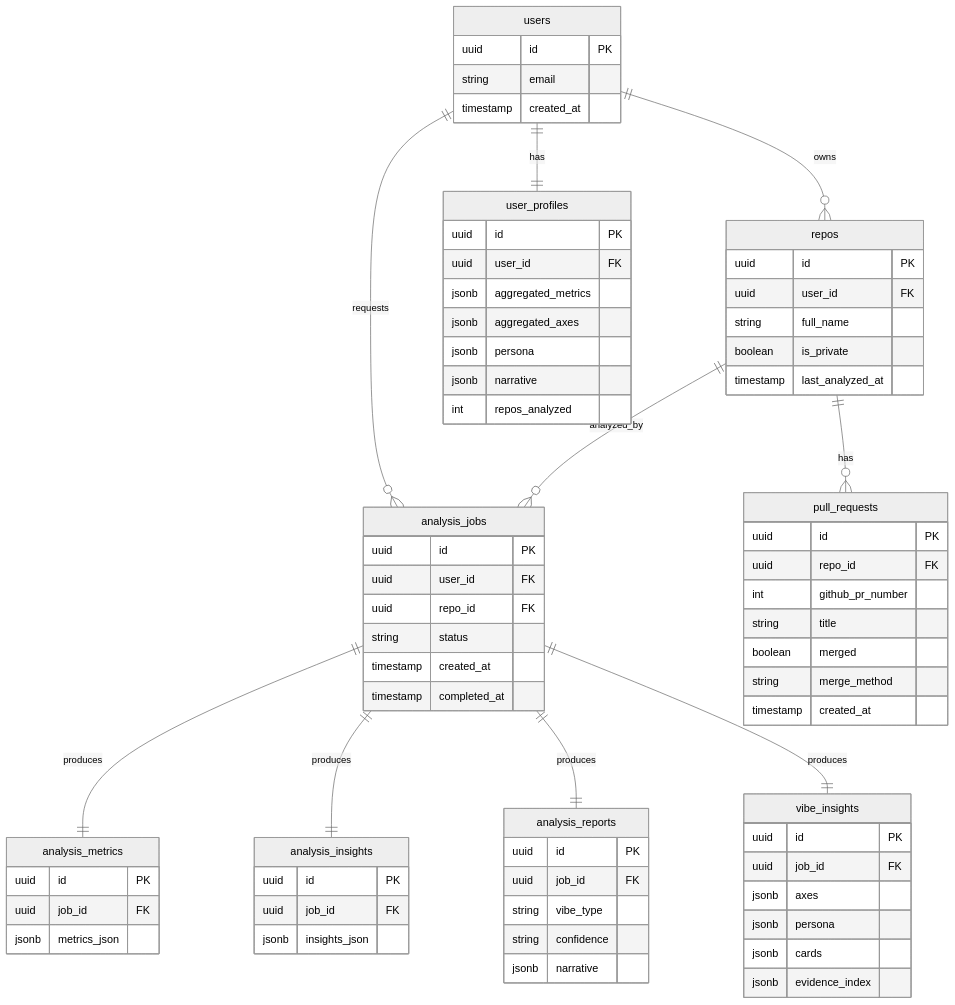
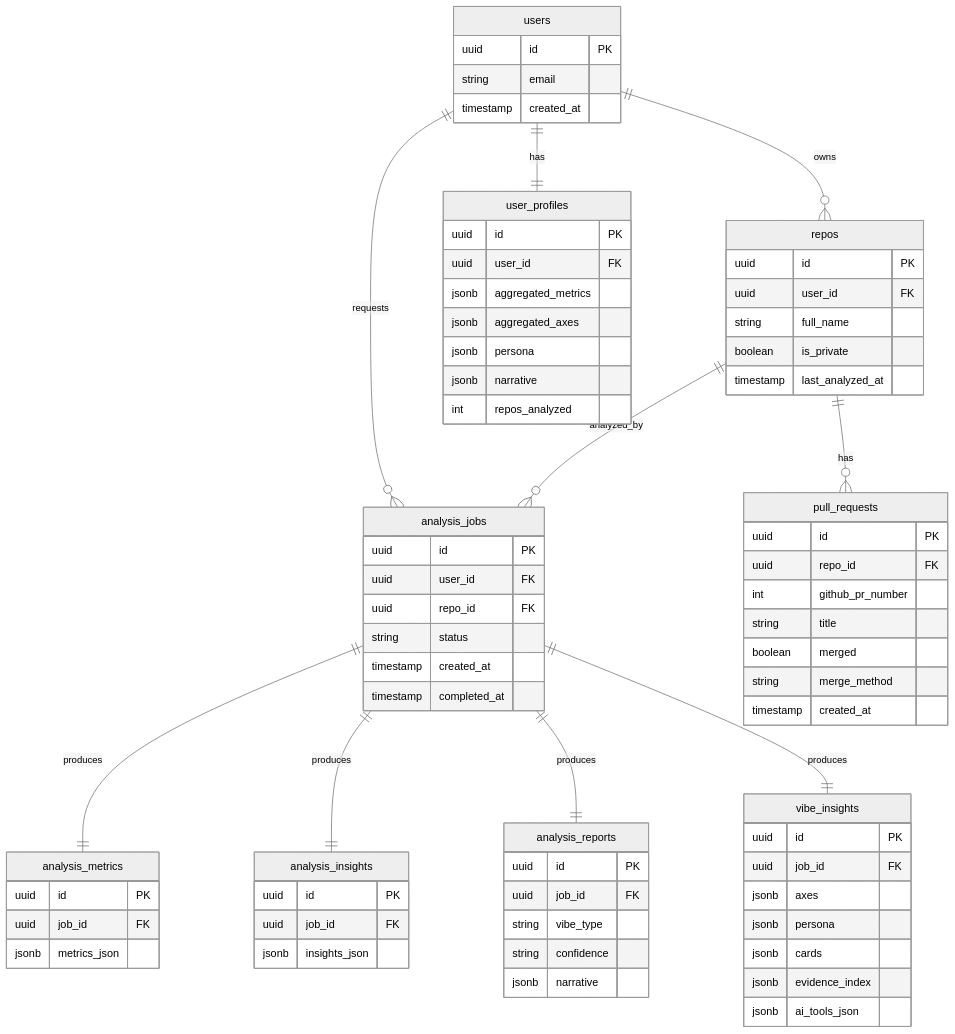
Before and after one commit to devakone/vibe-coding-profiler: the ninth of 9 diagrams in docs/architecture/vibed-analysis-pipeline.md, drawn with Mermaid (neutral theme). The commit also changed other lines of this file and 21 other files, not shown here.

```diff
--- a/docs/architecture/vibed-analysis-pipeline.md
+++ b/docs/architecture/vibed-analysis-pipeline.md
@@ -762,6 +772,7 @@
         jsonb persona
         jsonb cards
         jsonb evidence_index
+        jsonb ai_tools_json
     }
     
     analysis_reports {
```
